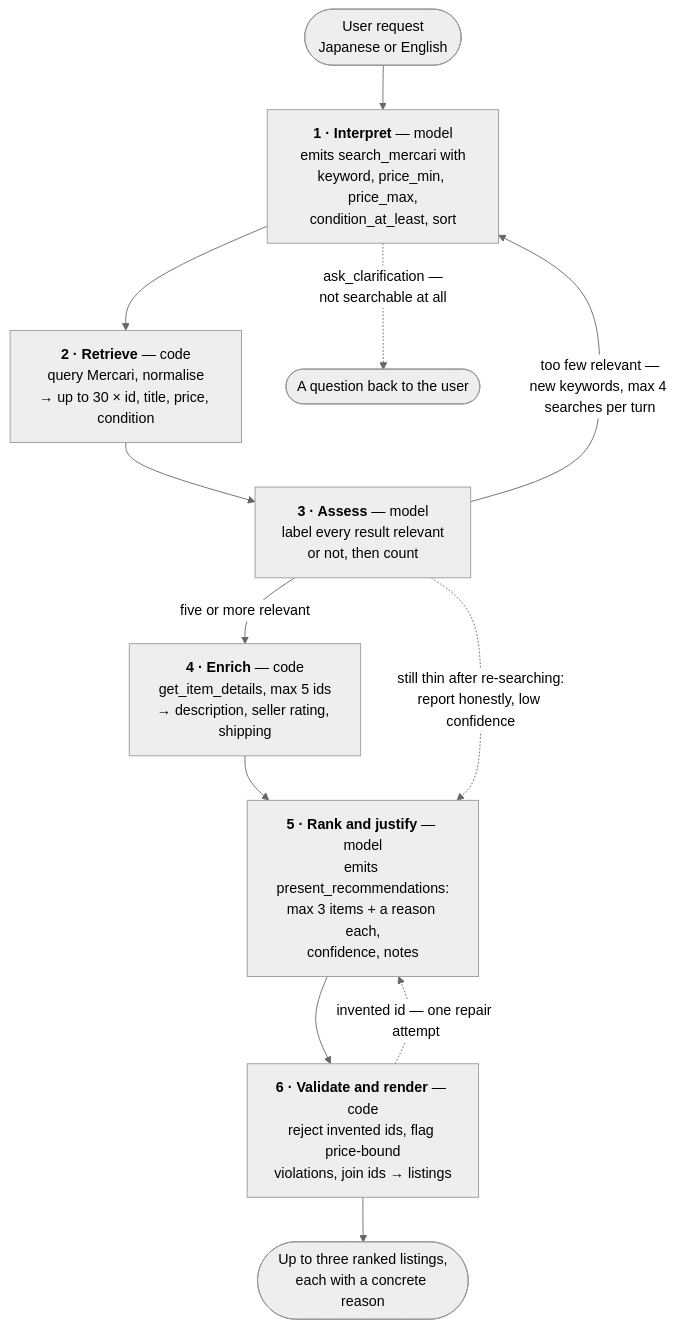
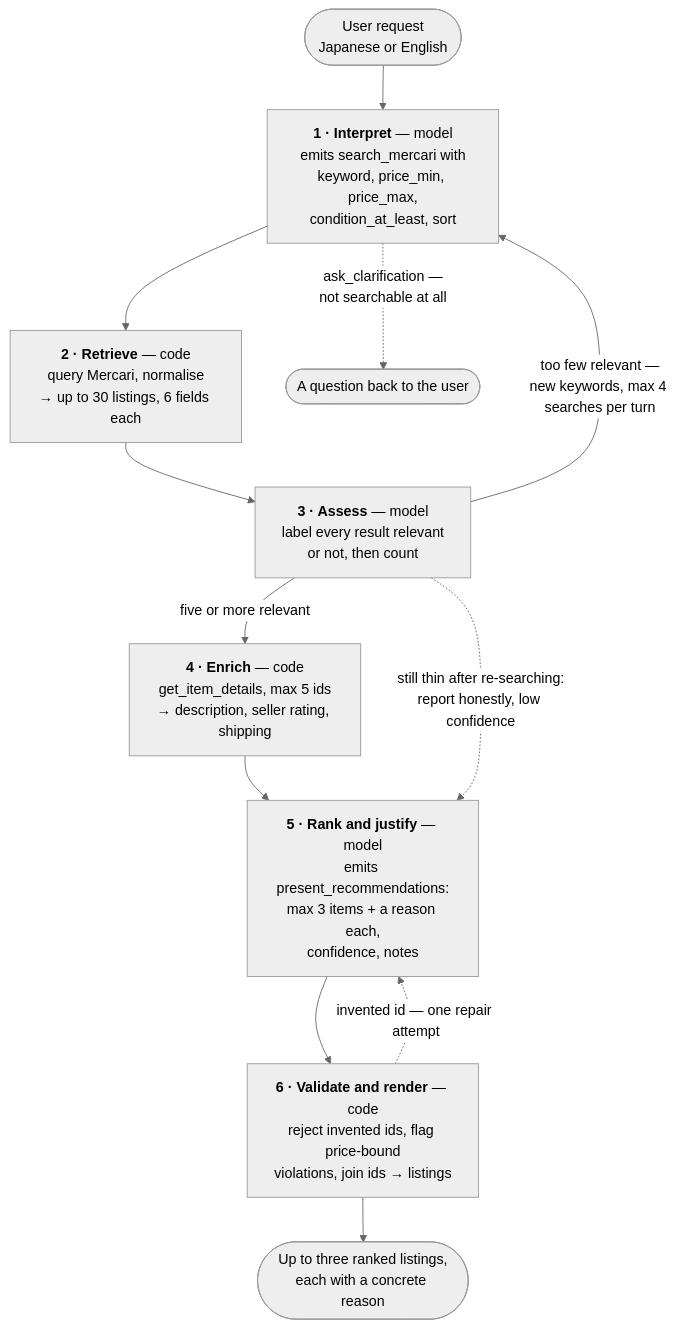
Before and after one commit to konami0328/Mercari-shopper-agent: the diagram in README.md, drawn with Mermaid (neutral theme). The commit also changed other lines of this file and 5 other files, not shown here.

````diff
--- a/README.md
+++ b/README.md
@@ -35,24 +37,24 @@
 ```mermaid
 flowchart TD
     U(["User request<br/>Japanese or English"])
 
     S1["<b>1 · Interpret</b> — model<br/>emits search_mercari with<br/>keyword, price_min, price_max,<br/>condition_at_least, sort"]
-    S2["<b>2 · Retrieve</b> — code<br/>query Mercari, normalise<br/>→ up to 30 × id, title, price, condition"]
+    S2["<b>2 · Retrieve</b> — code<br/>query Mercari, normalise<br/>→ up to 30 listings, 6 fields each"]
     S3["<b>3 · Assess</b> — model<br/>label every result relevant<br/>or not, then count"]
     S4["<b>4 · Enrich</b> — code<br/>get_item_details, max 5 ids<br/>→ description, seller rating, shipping"]
     S5["<b>5 · Rank and justify</b> — model<br/>emits present_recommendations:<br/>max 3 items + a reason each,<br/>confidence, notes"]
     S6["<b>6 · Validate and render</b> — code<br/>reject invented ids, flag price-bound<br/>violations, join ids → listings"]
 
     OUT(["Up to three ranked listings,<br/>each with a concrete reason"])
     ASK(["A question back to the user"])
 
     U --> S1
     S1 --> S2 --> S3
     S3 -->|"five or more relevant"| S4
     S4 --> S5 --> S6 --> OUT
 
     S3 -->|"too few relevant —<br/>new keywords, max 4 searches per turn"| S1
     S3 -.->|"still thin after re-searching:<br/>report honestly, low confidence"| S5
     S1 -.->|"ask_clarification —<br/>not searchable at all"| ASK
     S6 -.->|"invented id — one repair attempt"| S5
 ```
````
